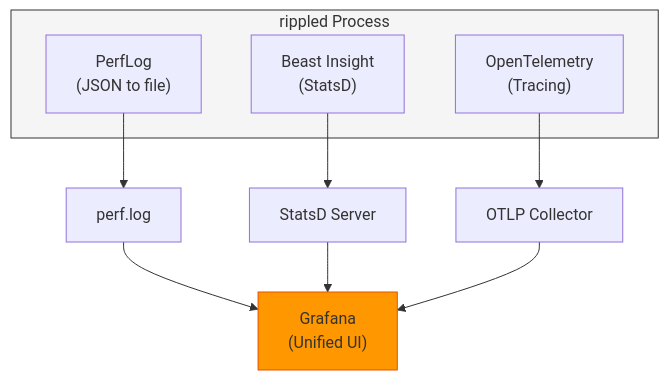
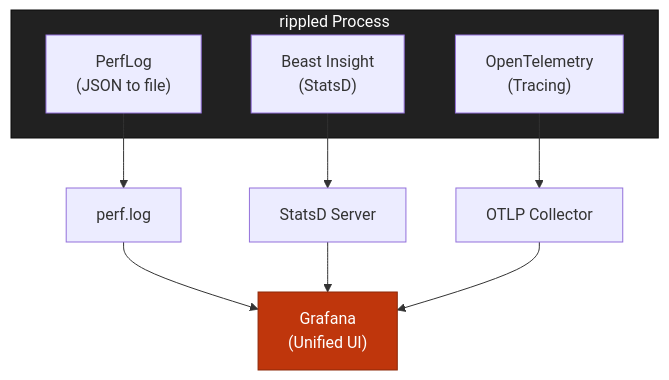
One commit to XRPL-Node/rippled changed the third of 3 diagrams in OpenTelemetryPlan/02-design-decisions.md. Above: the diagram before and after it, drawn with Mermaid. The commit also changed other lines of this file and 8 other files, not shown here.

````diff
--- a/OpenTelemetryPlan/02-design-decisions.md
+++ b/OpenTelemetryPlan/02-design-decisions.md
@@ -259,19 +344,19 @@
 ```mermaid
 flowchart TB
     subgraph rippled["rippled Process"]
         perflog["PerfLog<br/>(JSON to file)"]
         insight["Beast Insight<br/>(StatsD)"]
         otel["OpenTelemetry<br/>(Tracing)"]
     end
 
     perflog --> perffile["perf.log"]
     insight --> statsd["StatsD Server"]
     otel --> collector["OTLP Collector"]
 
     perffile --> grafana["Grafana<br/>(Unified UI)"]
     statsd --> grafana
     collector --> grafana
 
-    style rippled fill:#f5f5f5,stroke:#333
-    style grafana fill:#ff9800,stroke:#e65100
+    style rippled fill:#212121,stroke:#0a0a0a,color:#ffffff
+    style grafana fill:#bf360c,stroke:#8c2809,color:#ffffff
 ```
````
